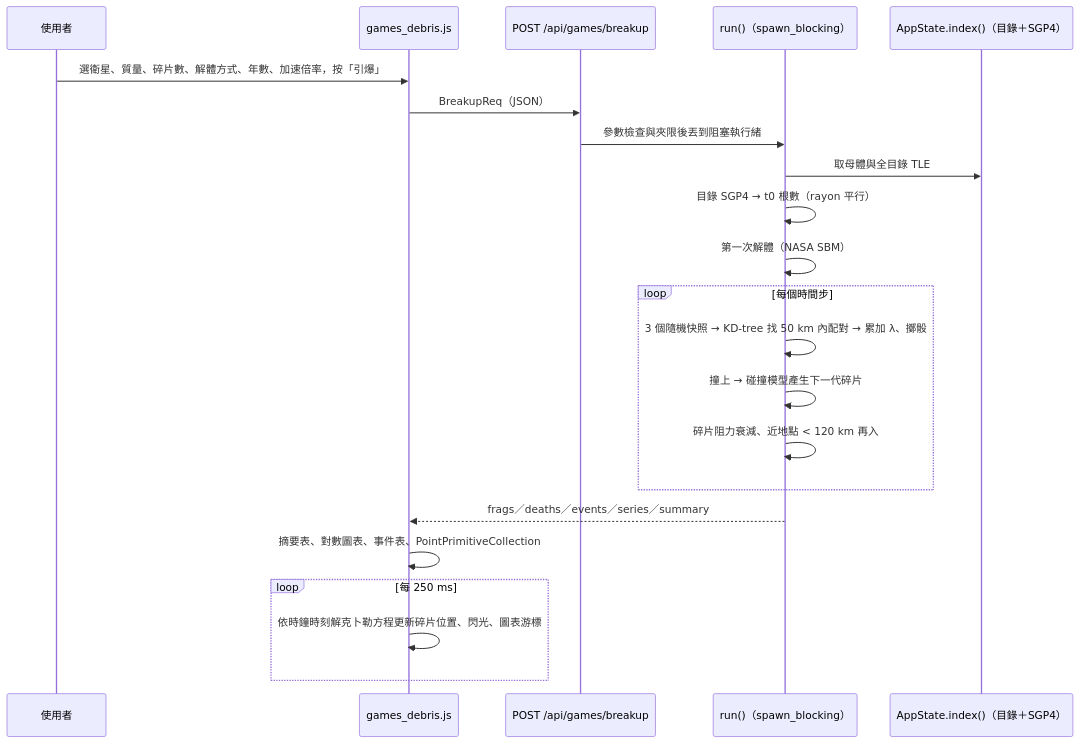
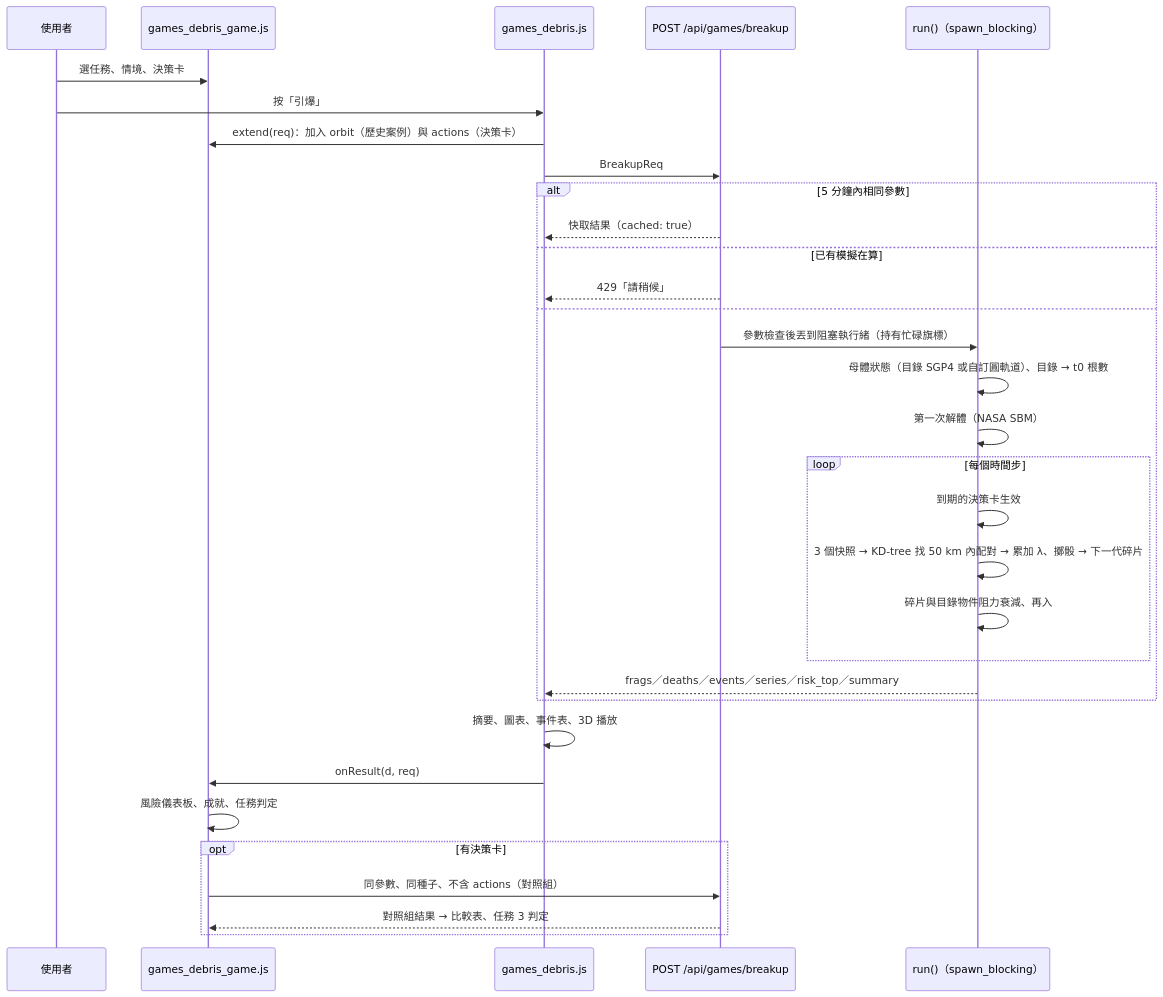
One commit to RhynoW/Sat_TraingDataExtension changed the diagram in RUST_SatDashboard/docs/games_debris_architecture.md. Above: the diagram before and after it, drawn with Mermaid. The commit also changed other lines of this file and 9 other files, not shown here.

````diff
--- a/RUST_SatDashboard/docs/games_debris_architecture.md
+++ b/RUST_SatDashboard/docs/games_debris_architecture.md
@@ -26,25 +29,35 @@
 ```mermaid
 sequenceDiagram
     participant U as 使用者
+    participant G as games_debris_game.js
     participant FE as games_debris.js
     participant API as POST /api/games/breakup
     participant SIM as run()（spawn_blocking）
-    participant IDX as AppState.index()（目錄＋SGP4）
 
-    U->>FE: 選衛星、質量、碎片數、解體方式、年數、加速倍率，按「引爆」
-    FE->>API: BreakupReq（JSON）
-    API->>SIM: 參數檢查與夾限後丟到阻塞執行緒
-    SIM->>IDX: 取母體與全目錄 TLE
-    SIM->>SIM: 目錄 SGP4 → t0 根數（rayon 平行）
-    SIM->>SIM: 第一次解體（NASA SBM）
-    loop 每個時間步
-        SIM->>SIM: 3 個隨機快照 → KD-tree 找 50 km 內配對 → 累加 λ、擲骰
-        SIM->>SIM: 撞上 → 碰撞模型產生下一代碎片
-        SIM->>SIM: 碎片阻力衰減、近地點 < 120 km 再入
+    U->>G: 選任務、情境、決策卡
+    U->>FE: 按「引爆」
+    FE->>G: extend(req)：加入 orbit（歷史案例）與 actions（決策卡）
+    FE->>API: BreakupReq
+    alt 5 分鐘內相同參數
+        API-->>FE: 快取結果（cached: true）
+    else 已有模擬在算
+        API-->>FE: 429「請稍候」
+    else
+        API->>SIM: 參數檢查後丟到阻塞執行緒（持有忙碌旗標）
+        SIM->>SIM: 母體狀態（目錄 SGP4 或自訂圓軌道）、目錄 → t0 根數
+        SIM->>SIM: 第一次解體（NASA SBM）
+        loop 每個時間步
+            SIM->>SIM: 到期的決策卡生效
+            SIM->>SIM: 3 個快照 → KD-tree 找 50 km 內配對 → 累加 λ、擲骰 → 下一代碎片
+            SIM->>SIM: 碎片與目錄物件阻力衰減、再入
+        end
+        SIM-->>FE: frags／deaths／events／series／risk_top／summary
     end
-    SIM-->>FE: frags／deaths／events／series／summary
-    FE->>FE: 摘要表、對數圖表、事件表、PointPrimitiveCollection
-    loop 每 250 ms
-        FE->>FE: 依時鐘時刻解克卜勒方程更新碎片位置、閃光、圖表游標
+    FE->>FE: 摘要、圖表、事件表、3D 播放
+    FE->>G: onResult(d, req)
+    G->>G: 風險儀表板、成就、任務判定
+    opt 有決策卡
+        G->>API: 同參數、同種子、不含 actions（對照組）
+        API-->>G: 對照組結果 → 比較表、任務 3 判定
     end
 ```
````
